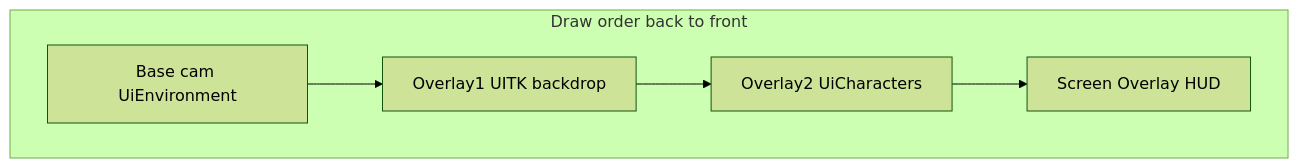
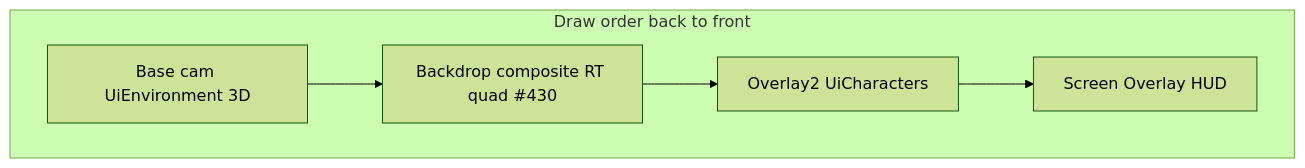
Before and after one commit to miramocha/griddungeon-design-docs: the diagram in docs/04-dev/ui-camera-stack.md, drawn with Mermaid (forest theme). The commit also changed other lines of this file and 3 other files, not shown here.

````diff
--- a/docs/04-dev/ui-camera-stack.md
+++ b/docs/04-dev/ui-camera-stack.md
@@ -53,10 +69,10 @@
 ```mermaid
 flowchart TB
   subgraph passes [Draw order back to front]
-    Base[Base cam UiEnvironment]
-    O1[Overlay1 UITK backdrop]
+    Base[Base cam UiEnvironment 3D]
+    Backdrop[Backdrop composite RT quad #430]
     O2[Overlay2 UiCharacters]
     HUD[Screen Overlay HUD]
   end
-  Base --> O1 --> O2 --> HUD
+  Base --> Backdrop --> O2 --> HUD
 ```
````
